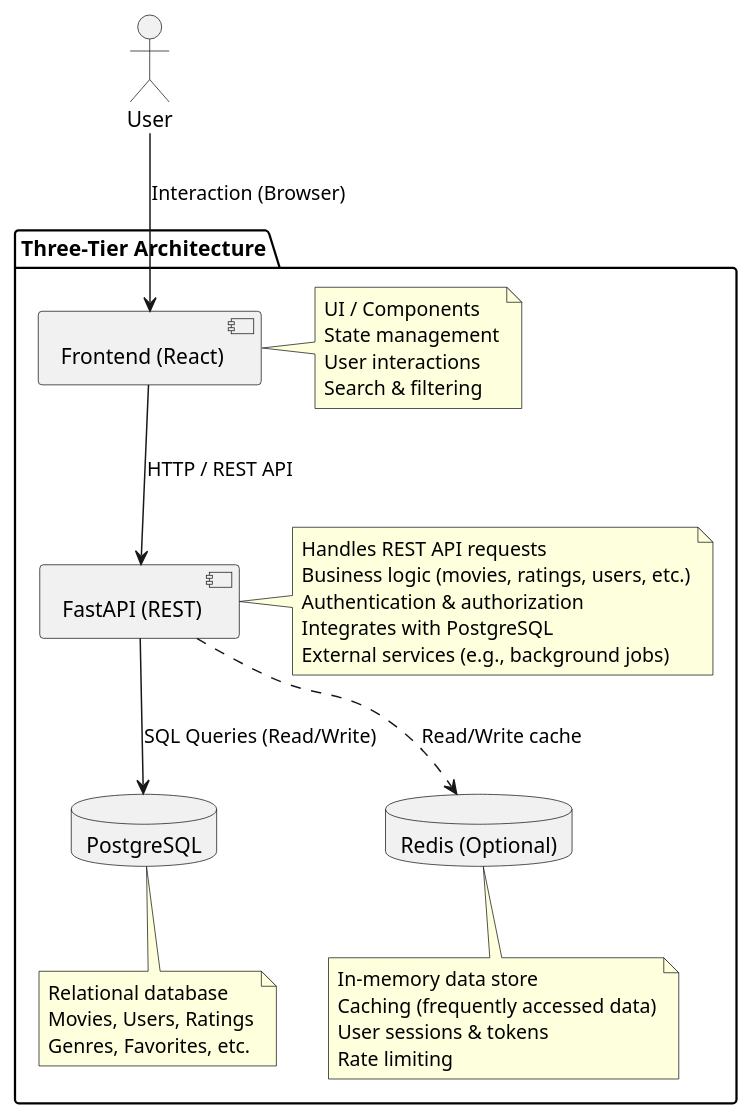
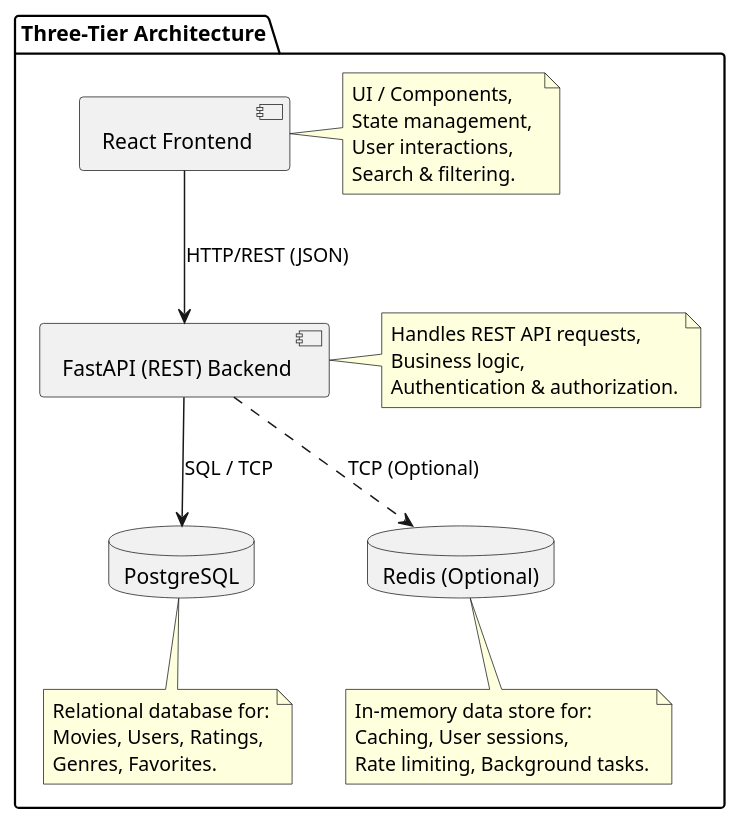
Before and after one commit to ukma-fin-ssdm-2026/ctrl-alt-defeat: the diagram in docs/architecture/uml/component-diagram.puml, drawn with PlantUML.

Commit message:
Refactor component diagram for clarity and consistency
Updated component names and notes for clarity. Adjusted interaction arrows for consistency.

```diff
--- a/docs/architecture/uml/component-diagram.puml
+++ b/docs/architecture/uml/component-diagram.puml
@@ -1,46 +1,41 @@
 @startuml
 skinparam componentStyle uml2
 
-actor "User" as User
-
 package "Three-Tier Architecture" {
     
-    component "Frontend (React)" as UI
+    [React Frontend] as UI
     note right of UI
-      UI / Components
-      State management
-      User interactions
-      Search & filtering
+      UI / Components, 
+      State management, 
+      User interactions, 
+      Search & filtering.
     end note
 
-    component "FastAPI (REST)" as API
+    [FastAPI (REST) Backend] as API
     note right of API
-      Handles REST API requests
-      Business logic (movies, ratings, users, etc.)
-      Authentication & authorization
-      Integrates with PostgreSQL
-      External services (e.g., background jobs)
+      Handles REST API requests,
+      Business logic,
+      Authentication & authorization.
     end note
 
     database "PostgreSQL" as DB
     note bottom of DB
-      Relational database
-      Movies, Users, Ratings
-      Genres, Favorites, etc.
+      Relational database for:
+      Movies, Users, Ratings,
+      Genres, Favorites.
     end note
 
     database "Redis (Optional)" as Cache
     note bottom of Cache
-      In-memory data store
-      Caching (frequently accessed data)
-      User sessions & tokens
-      Rate limiting
+      In-memory data store for:
+      Caching, User sessions,
+      Rate limiting, Background tasks.
     end note
 
 }
 
-User --> UI : Interaction (Browser)
-UI --> API : HTTP / REST API
-API --> DB : SQL Queries (Read/Write)
-API ..> Cache : Read/Write cache
+UI --> API : HTTP/REST (JSON)
+API --> DB : SQL / TCP
+API ..> Cache : TCP (Optional)
+
 @enduml
```
